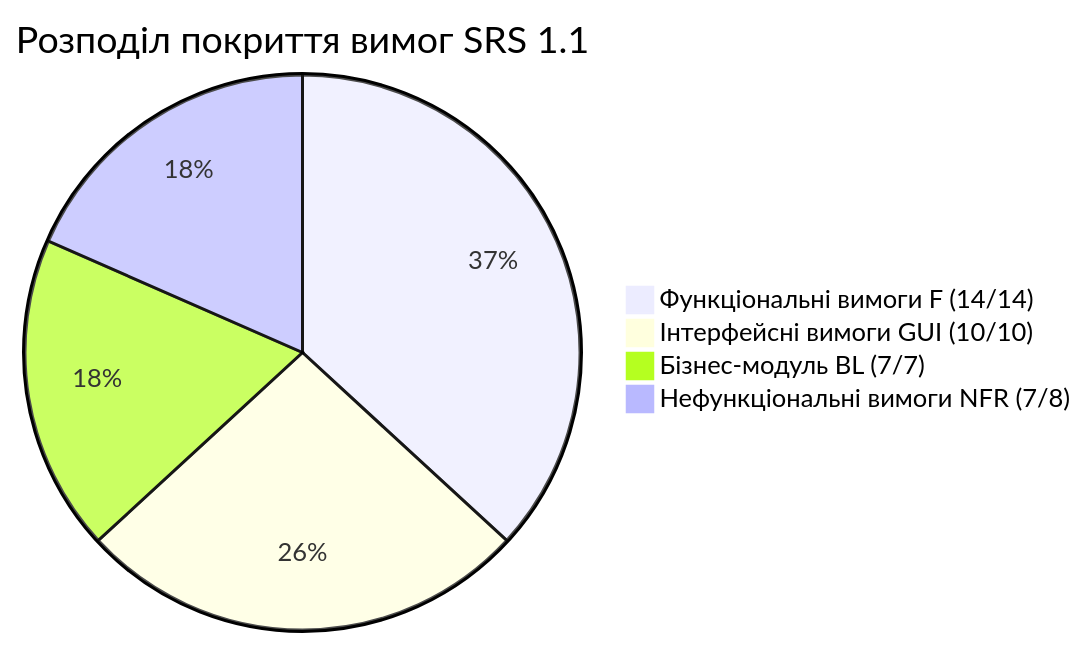
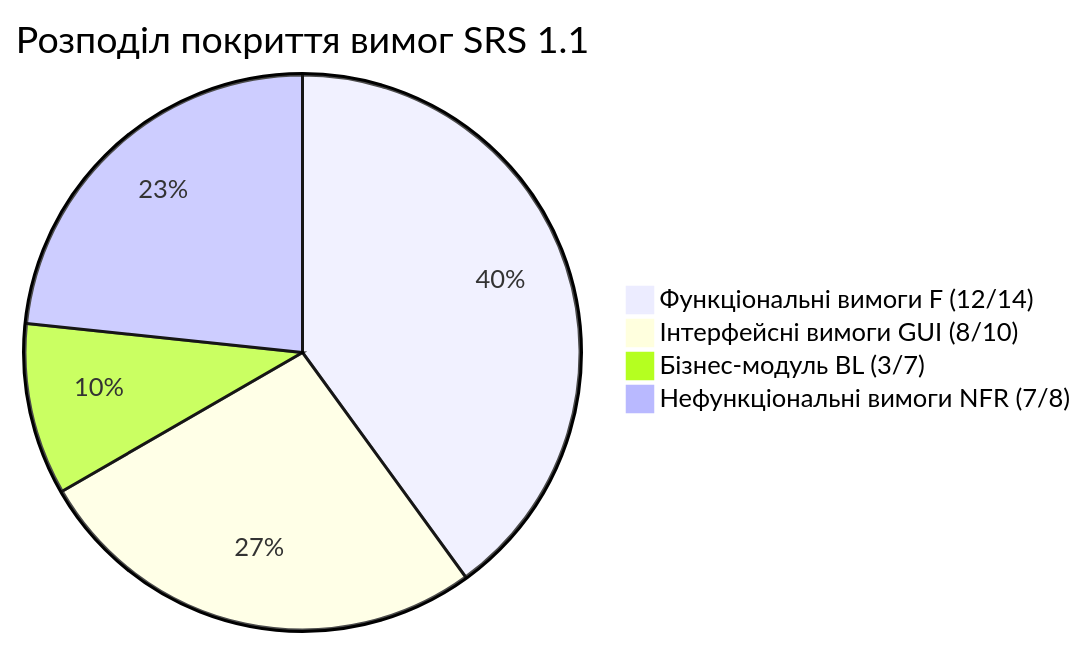
Before and after one commit to tiktakson/tzyaps1: the first of 4 diagrams in docs/sprint3/test-summary-report.md, drawn with Mermaid. The commit also changed other lines of this file and 4 other files, not shown here.

````diff
--- a/docs/sprint3/test-summary-report.md
+++ b/docs/sprint3/test-summary-report.md
@@ -107,7 +108,7 @@
 ```mermaid
 pie title Розподіл покриття вимог SRS 1.1
-    "Функціональні вимоги F (14/14)" : 14
-    "Інтерфейсні вимоги GUI (10/10)" : 10
-    "Бізнес-модуль BL (7/7)" : 7
+    "Функціональні вимоги F (12/14)" : 12
+    "Інтерфейсні вимоги GUI (8/10)" : 8
+    "Бізнес-модуль BL (3/7)" : 3
     "Нефункціональні вимоги NFR (7/8)" : 7
 ```
````
